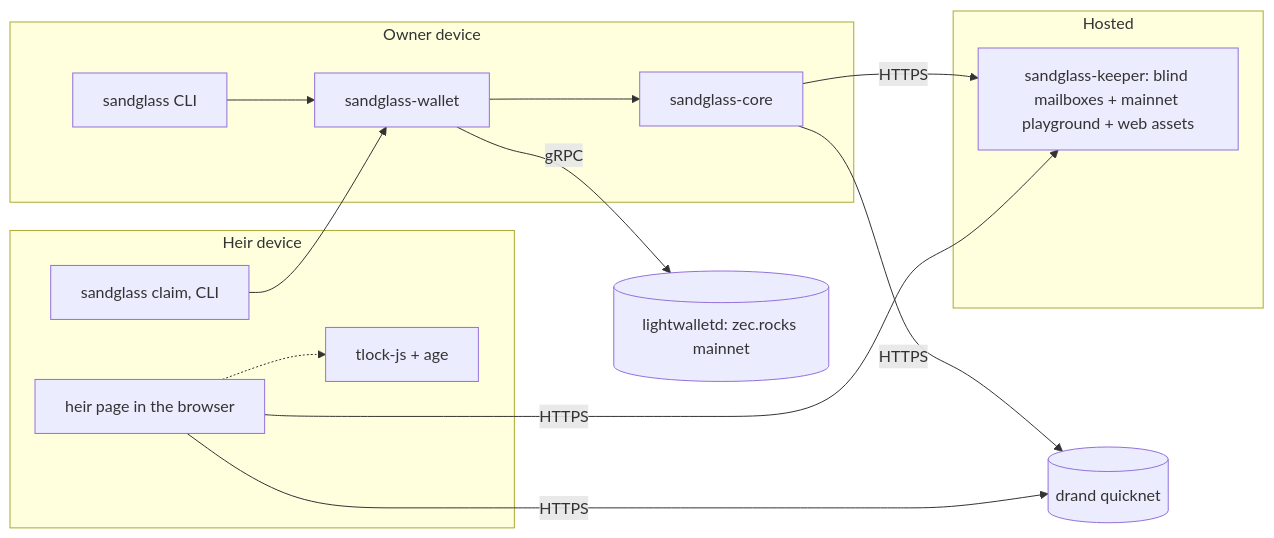
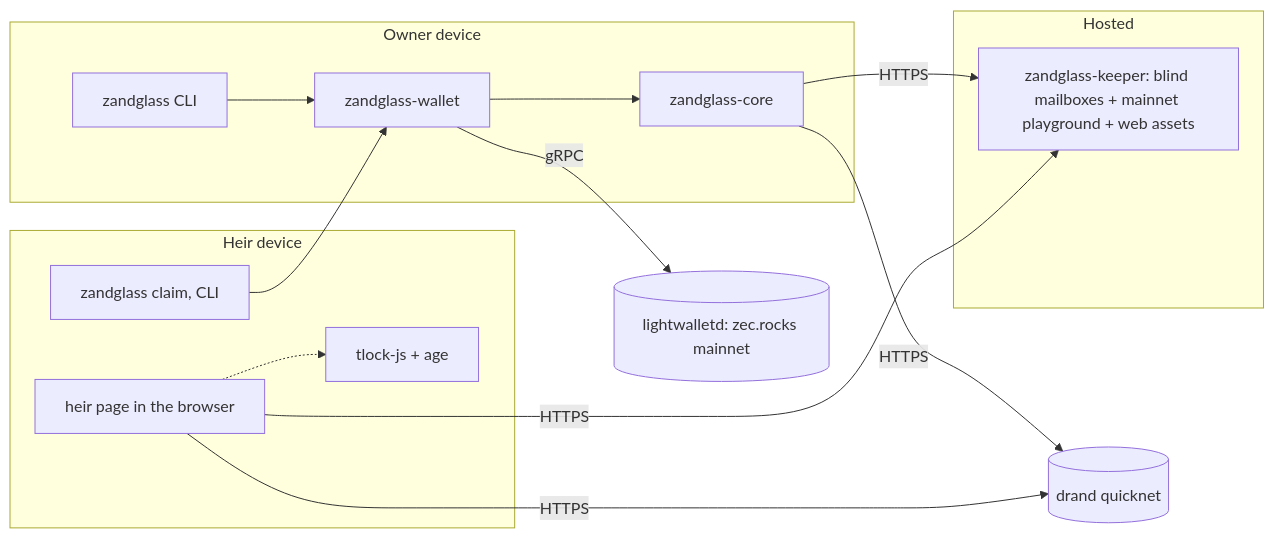
One commit to 0xBadSign/zandglass changed the second of 2 diagrams in docs/PLAN.md. Above: the diagram before and after it, drawn with Mermaid. The commit also changed other lines of this file and 125 other files, not shown here.

````diff
--- a/docs/PLAN.md
+++ b/docs/PLAN.md
@@ -291,19 +291,19 @@
 ```mermaid
 flowchart LR
     subgraph Owner device
-        CLI[sandglass CLI] --> W[sandglass-wallet]
-        W --> C[sandglass-core]
+        CLI[zandglass CLI] --> W[zandglass-wallet]
+        W --> C[zandglass-core]
     end
     subgraph Heir device
         HP[heir page in the browser] -.-> C2[tlock-js + age]
-        HC[sandglass claim, CLI] --> W
+        HC[zandglass claim, CLI] --> W
     end
     subgraph Hosted
-        KP[sandglass-keeper: blind mailboxes + mainnet playground + web assets]
+        KP[zandglass-keeper: blind mailboxes + mainnet playground + web assets]
     end
     W -->|gRPC| LWD[(lightwalletd: zec.rocks mainnet)]
     C -->|HTTPS| DR[(drand quicknet)]
     C -->|HTTPS| KP
     HP -->|HTTPS| KP
     HP -->|HTTPS| DR
 ```
````
